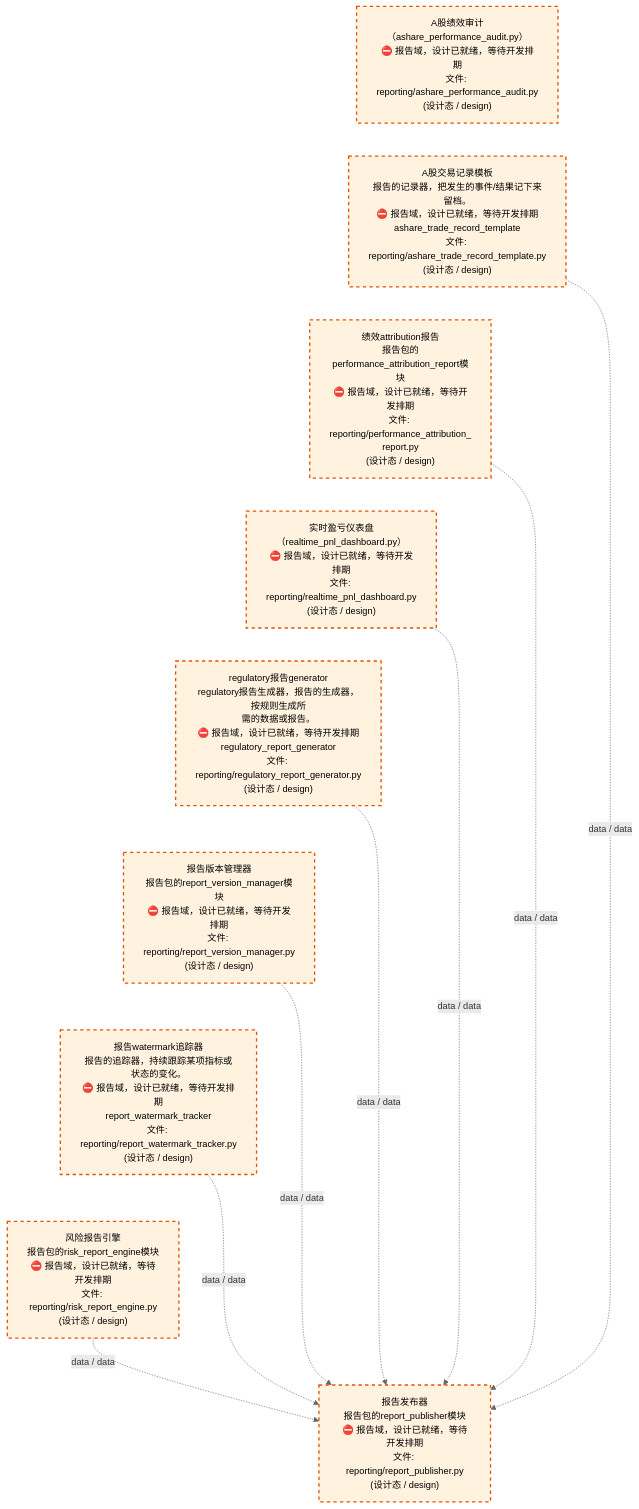
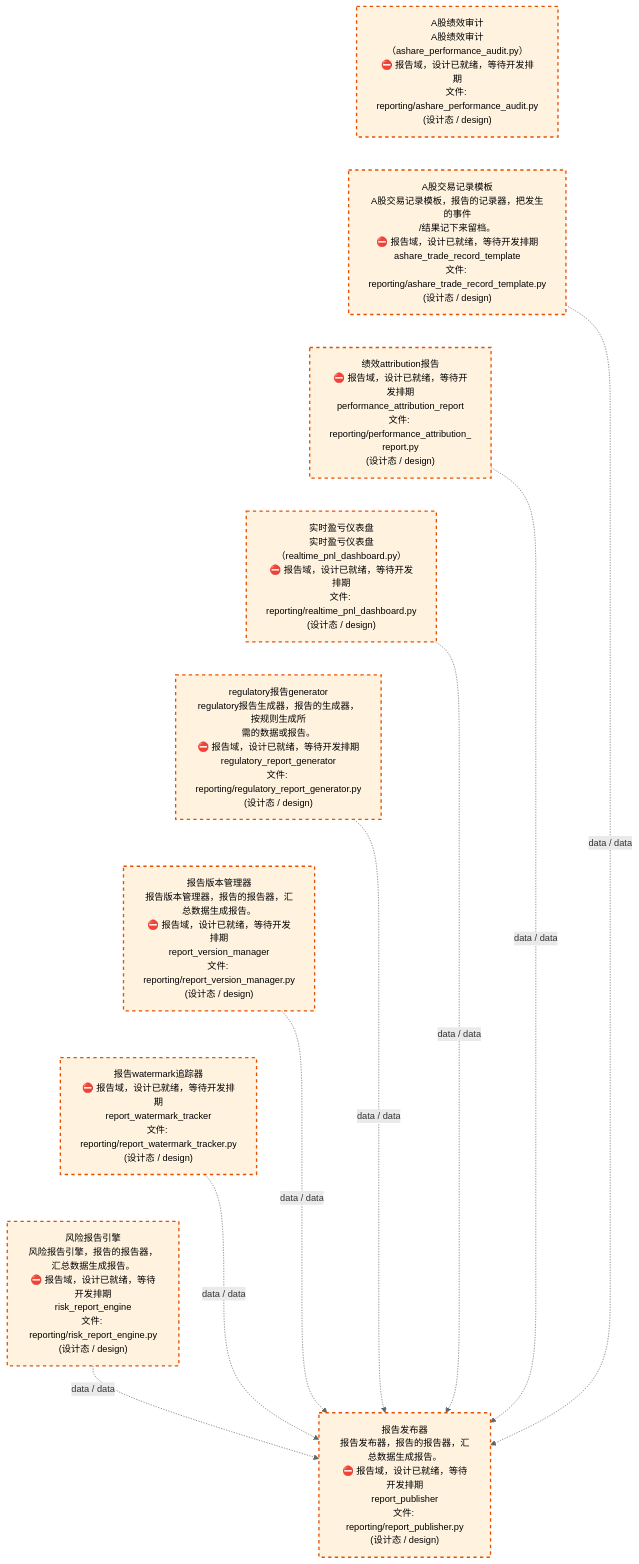
The third of 4 diagrams in docs/02_enterprise_architecture/02_domain_architecture_docs/26_d_reporting.md (xuanFelixVan/ZephyrAlpha), drawn with Mermaid before and after one commit. The commit also changed other lines of this file and 56 other files, not shown here.

````diff
--- a/docs/02_enterprise_architecture/02_domain_architecture_docs/26_d_reporting.md
+++ b/docs/02_enterprise_architecture/02_domain_architecture_docs/26_d_reporting.md
@@ -137,32 +137,32 @@
 ```mermaid
 %%{init: {'theme': 'base', 'themeVariables': {'primaryColor': '#eaeaea', 'primaryTextColor': '#333333', 'primaryBorderColor': '#666666', 'lineColor': '#666666', 'secondaryColor': '#eaeaea', 'tertiaryColor': '#eaeaea', 'fontSize': '14px'}}}%%
 flowchart TD
-    src_zephyr_reporting_ashare_performance_audit_py["A股绩效审计<br/>（ashare_performance_audit.py）<br/>⛔ 报告域，设计已就绪，等待开发排期<br/>文件: reporting/ashare_performance_audit.py<br/>(设计态 / design)"]
-    src_zephyr_reporting_ashare_trade_record_template_py["A股交易记录模板<br/>报告的记录器，把发生的事件/结果记下来留档。<br/>⛔ 报告域，设计已就绪，等待开发排期<br/>ashare_trade_record_template<br/>文件: reporting/ashare_trade_record_template.py<br/>(设计态 / design)"]
-    src_zephyr_reporting_performance_attribution_report_py["绩效attribution报告<br/>报告包的performance_attribution_report模块<br/>⛔ 报告域，设计已就绪，等待开发排期<br/>文件: reporting/performance_attribution_<br/>report.py<br/>(设计态 / design)"]
-    src_zephyr_reporting_realtime_pnl_dashboard_py["实时盈亏仪表盘<br/>（realtime_pnl_dashboard.py）<br/>⛔ 报告域，设计已就绪，等待开发排期<br/>文件: reporting/realtime_pnl_dashboard.py<br/>(设计态 / design)"]
+    src_zephyr_reporting_ashare_performance_audit_py["A股绩效审计<br/>A股绩效审计（ashare_performance_audit.py）<br/>⛔ 报告域，设计已就绪，等待开发排期<br/>文件: reporting/ashare_performance_audit.py<br/>(设计态 / design)"]
+    src_zephyr_reporting_ashare_trade_record_template_py["A股交易记录模板<br/>A股交易记录模板，报告的记录器，把发生的事件<br/>/结果记下来留档。<br/>⛔ 报告域，设计已就绪，等待开发排期<br/>ashare_trade_record_template<br/>文件: reporting/ashare_trade_record_template.py<br/>(设计态 / design)"]
+    src_zephyr_reporting_performance_attribution_report_py["绩效attribution报告<br/>⛔ 报告域，设计已就绪，等待开发排期<br/>performance_attribution_report<br/>文件: reporting/performance_attribution_<br/>report.py<br/>(设计态 / design)"]
+    src_zephyr_reporting_realtime_pnl_dashboard_py["实时盈亏仪表盘<br/>实时盈亏仪表盘（realtime_pnl_dashboard.py）<br/>⛔ 报告域，设计已就绪，等待开发排期<br/>文件: reporting/realtime_pnl_dashboard.py<br/>(设计态 / design)"]
     src_zephyr_reporting_regulatory_report_generator_py["regulatory报告generator<br/>regulatory报告生成器，报告的生成器，按规则生成所<br/>需的数据或报告。<br/>⛔ 报告域，设计已就绪，等待开发排期<br/>regulatory_report_generator<br/>文件: reporting/regulatory_report_generator.py<br/>(设计态 / design)"]
-    src_zephyr_reporting_report_version_manager_py["报告版本管理器<br/>报告包的report_version_manager模块<br/>⛔ 报告域，设计已就绪，等待开发排期<br/>文件: reporting/report_version_manager.py<br/>(设计态 / design)"]
-    src_zephyr_reporting_report_watermark_tracker_py["报告watermark追踪器<br/>报告的追踪器，持续跟踪某项指标或状态的变化。<br/>⛔ 报告域，设计已就绪，等待开发排期<br/>report_watermark_tracker<br/>文件: reporting/report_watermark_tracker.py<br/>(设计态 / design)"]
-    src_zephyr_reporting_risk_report_engine_py["风险报告引擎<br/>报告包的risk_report_engine模块<br/>⛔ 报告域，设计已就绪，等待开发排期<br/>文件: reporting/risk_report_engine.py<br/>(设计态 / design)"]
+    src_zephyr_reporting_report_version_manager_py["报告版本管理器<br/>报告版本管理器，报告的报告器，汇总数据生成报告。<br/>⛔ 报告域，设计已就绪，等待开发排期<br/>report_version_manager<br/>文件: reporting/report_version_manager.py<br/>(设计态 / design)"]
+    src_zephyr_reporting_report_watermark_tracker_py["报告watermark追踪器<br/>⛔ 报告域，设计已就绪，等待开发排期<br/>report_watermark_tracker<br/>文件: reporting/report_watermark_tracker.py<br/>(设计态 / design)"]
+    src_zephyr_reporting_risk_report_engine_py["风险报告引擎<br/>风险报告引擎，报告的报告器，汇总数据生成报告。<br/>⛔ 报告域，设计已就绪，等待开发排期<br/>risk_report_engine<br/>文件: reporting/risk_report_engine.py<br/>(设计态 / design)"]
     src_zephyr_reporting_ashare_performance_audit_py ~~~ src_zephyr_reporting_ashare_trade_record_template_py
     src_zephyr_reporting_ashare_trade_record_template_py ~~~ src_zephyr_reporting_performance_attribution_report_py
     src_zephyr_reporting_performance_attribution_report_py ~~~ src_zephyr_reporting_realtime_pnl_dashboard_py
     src_zephyr_reporting_realtime_pnl_dashboard_py ~~~ src_zephyr_reporting_regulatory_report_generator_py
     src_zephyr_reporting_regulatory_report_generator_py ~~~ src_zephyr_reporting_report_version_manager_py
     src_zephyr_reporting_report_version_manager_py ~~~ src_zephyr_reporting_report_watermark_tracker_py
     src_zephyr_reporting_report_watermark_tracker_py ~~~ src_zephyr_reporting_risk_report_engine_py
-    src_zephyr_reporting_report_publisher_py["报告发布器<br/>报告包的report_publisher模块<br/>⛔ 报告域，设计已就绪，等待开发排期<br/>文件: reporting/report_publisher.py<br/>(设计态 / design)"]
+    src_zephyr_reporting_report_publisher_py["报告发布器<br/>报告发布器，报告的报告器，汇总数据生成报告。<br/>⛔ 报告域，设计已就绪，等待开发排期<br/>report_publisher<br/>文件: reporting/report_publisher.py<br/>(设计态 / design)"]
     src_zephyr_reporting_ashare_trade_record_template_py -.->|data / data| src_zephyr_reporting_report_publisher_py
     src_zephyr_reporting_realtime_pnl_dashboard_py -.->|data / data| src_zephyr_reporting_report_publisher_py
     src_zephyr_reporting_regulatory_report_generator_py -.->|data / data| src_zephyr_reporting_report_publisher_py
     src_zephyr_reporting_risk_report_engine_py -.->|data / data| src_zephyr_reporting_report_publisher_py
     src_zephyr_reporting_report_version_manager_py -.->|data / data| src_zephyr_reporting_report_publisher_py
     src_zephyr_reporting_performance_attribution_report_py -.->|data / data| src_zephyr_reporting_report_publisher_py
     src_zephyr_reporting_report_watermark_tracker_py -.->|data / data| src_zephyr_reporting_report_publisher_py
     classDef production fill:#e1f5fe,stroke:#01579b,stroke-width:2px,color:#000
     classDef design fill:#fff3e0,stroke:#e65100,stroke-width:2px,color:#000,stroke-dasharray: 5 5
     classDef external_prod fill:#e8f4fd,stroke:#0277bd,stroke-width:1px,color:#000
     classDef external_design fill:#fff8e7,stroke:#ef6c00,stroke-width:1px,color:#000,stroke-dasharray: 5 5
     class src_zephyr_reporting_ashare_performance_audit_py,src_zephyr_reporting_ashare_trade_record_template_py,src_zephyr_reporting_performance_attribution_report_py,src_zephyr_reporting_realtime_pnl_dashboard_py,src_zephyr_reporting_regulatory_report_generator_py,src_zephyr_reporting_report_publisher_py,src_zephyr_reporting_report_version_manager_py,src_zephyr_reporting_report_watermark_tracker_py,src_zephyr_reporting_risk_report_engine_py design
 ```
````
